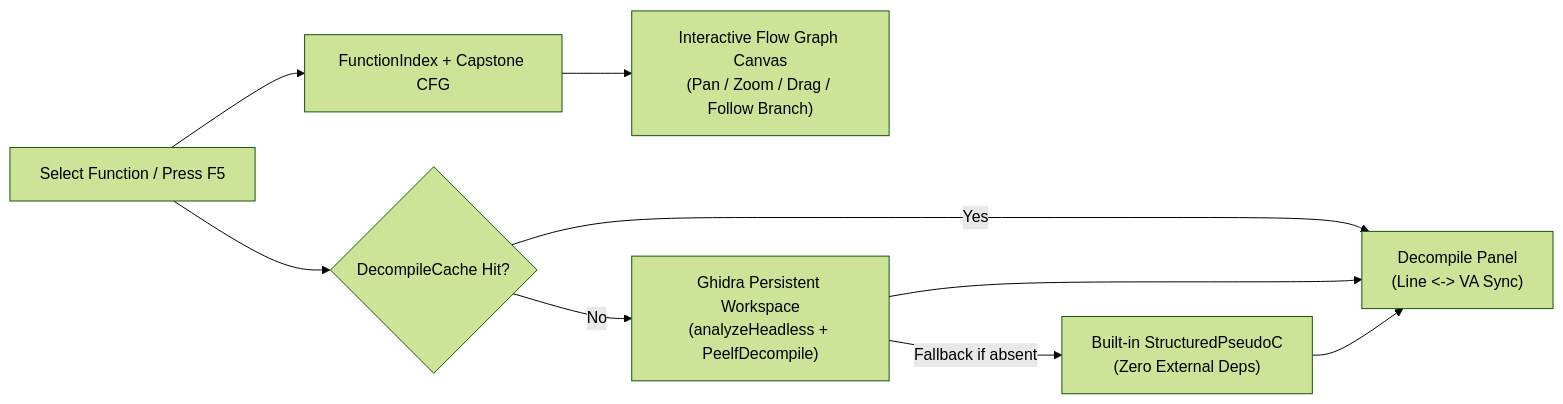
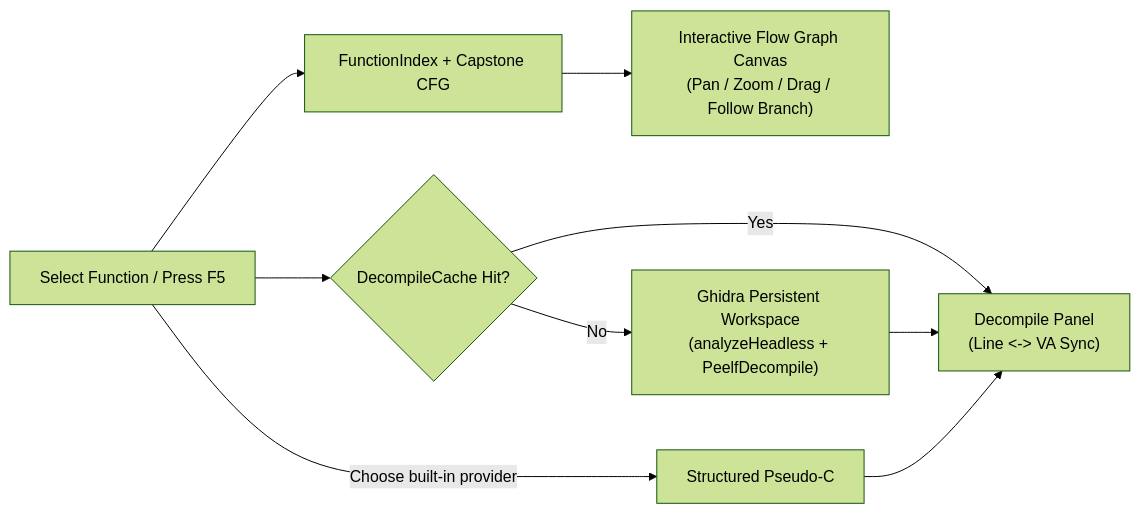
One commit to wsollers/exe_viewer changed the second of 5 diagrams in docs/USER_GUIDE.md. Above: the diagram before and after it, drawn with Mermaid (forest theme). The commit also changed other lines of this file, not shown here.

````diff
--- a/docs/USER_GUIDE.md
+++ b/docs/USER_GUIDE.md
@@ -231,11 +313,11 @@
 ```mermaid
 flowchart LR
     sel["Select Function / Press F5"] --> cfg["FunctionIndex + Capstone CFG"]
     cfg --> canvas["Interactive Flow Graph Canvas<br/>(Pan / Zoom / Drag / Follow Branch)"]
     sel --> cache{"DecompileCache Hit?"}
     cache -->|Yes| ui["Decompile Panel<br/>(Line <-> VA Sync)"]
     cache -->|No| ghidra["Ghidra Persistent Workspace<br/>(analyzeHeadless + PeelfDecompile)"]
-    ghidra -->|Fallback if absent| pseudo["Built-in StructuredPseudoC<br/>(Zero External Deps)"]
+    sel -->|Choose built-in provider| pseudo["Structured Pseudo-C"]
     ghidra --> ui
     pseudo --> ui
 ```
````
